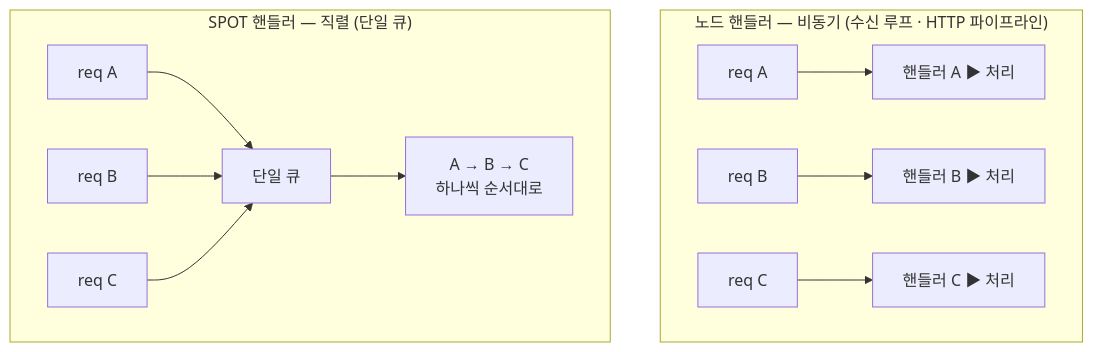
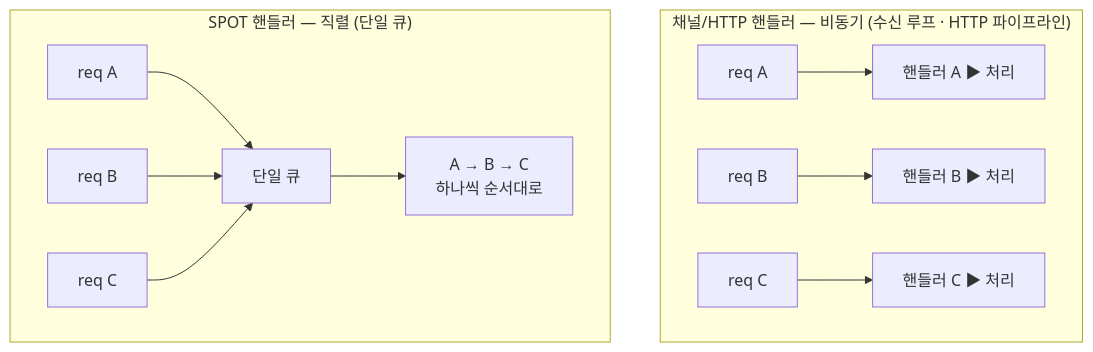
Before and after one commit to kairos-code-dev/zlink: the seventh of 10 diagrams in framework/doc/framework/dotnet/guide/03-concepts.ko.md, drawn with Mermaid. The commit also changed other lines of this file and 19 other files, not shown here.

First line of the commit message:
docs(dotnet): 가이드 전반 노드 용어 정리·SpotRef 반영·다이어그램 배경 수정

````diff
--- a/framework/doc/framework/dotnet/guide/03-concepts.ko.md
+++ b/framework/doc/framework/dotnet/guide/03-concepts.ko.md
@@ -224,16 +230,17 @@
 ```mermaid
+%%{init: {'themeVariables': {'edgeLabelBackground':'transparent'}}}%%
 graph TB
-    subgraph N ["노드 핸들러 — 비동기 (수신 루프 · HTTP 파이프라인)"]
+    subgraph N ["채널/HTTP 핸들러 — 비동기 (수신 루프 · HTTP 파이프라인)"]
         direction LR
         NR1["req A"] --> NW1["핸들러 A ▶ 처리"]
         NR2["req B"] --> NW2["핸들러 B ▶ 처리"]
         NR3["req C"] --> NW3["핸들러 C ▶ 처리"]
     end
     subgraph S ["SPOT 핸들러 — 직렬 (단일 큐)"]
         direction LR
         SR1["req A"] --> SQ["단일 큐"]
         SR2["req B"] --> SQ
         SR3["req C"] --> SQ
         SQ --> SEX["A → B → C<br/>하나씩 순서대로"]
     end
 ```
````
